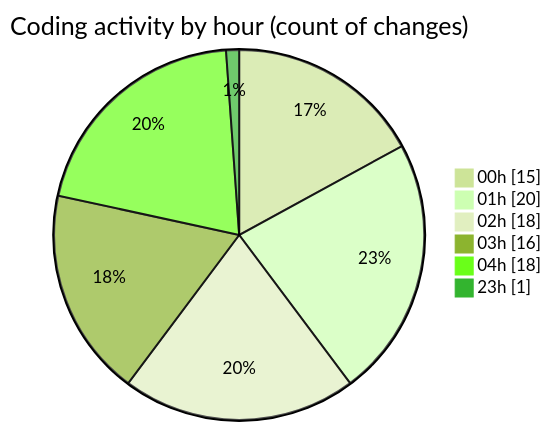
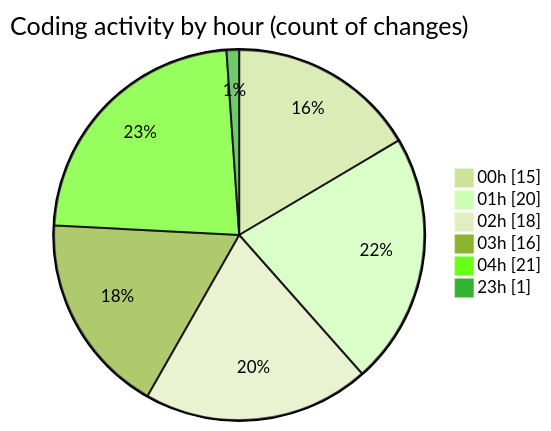
One commit to lephambinh05/code-tracking changed the second of 2 diagrams in 2025-08-04/studybuddy/README.md. Above: the diagram before and after it, drawn with Mermaid (forest theme). The commit also changed other lines of this file and 1 other file, not shown here.

````diff
--- a/2025-08-04/studybuddy/README.md
+++ b/2025-08-04/studybuddy/README.md
@@ -55,10 +55,10 @@
 ```mermaid
 pie showData
 title Coding activity by hour (count of changes)
 "00h" : 15
 "01h" : 20
 "02h" : 18
 "03h" : 16
-"04h" : 18
+"04h" : 21
 "23h" : 1
 ```
````
